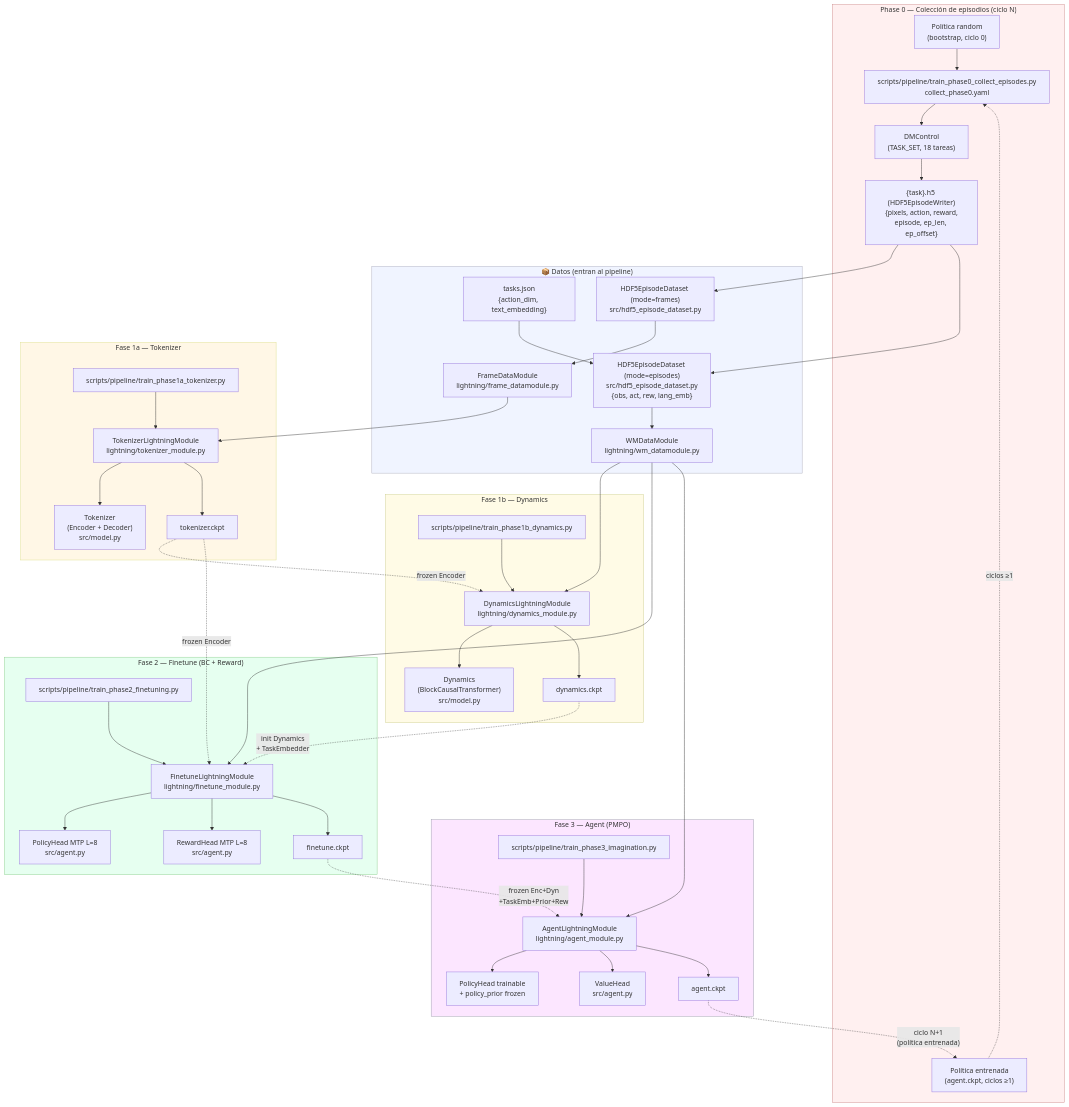
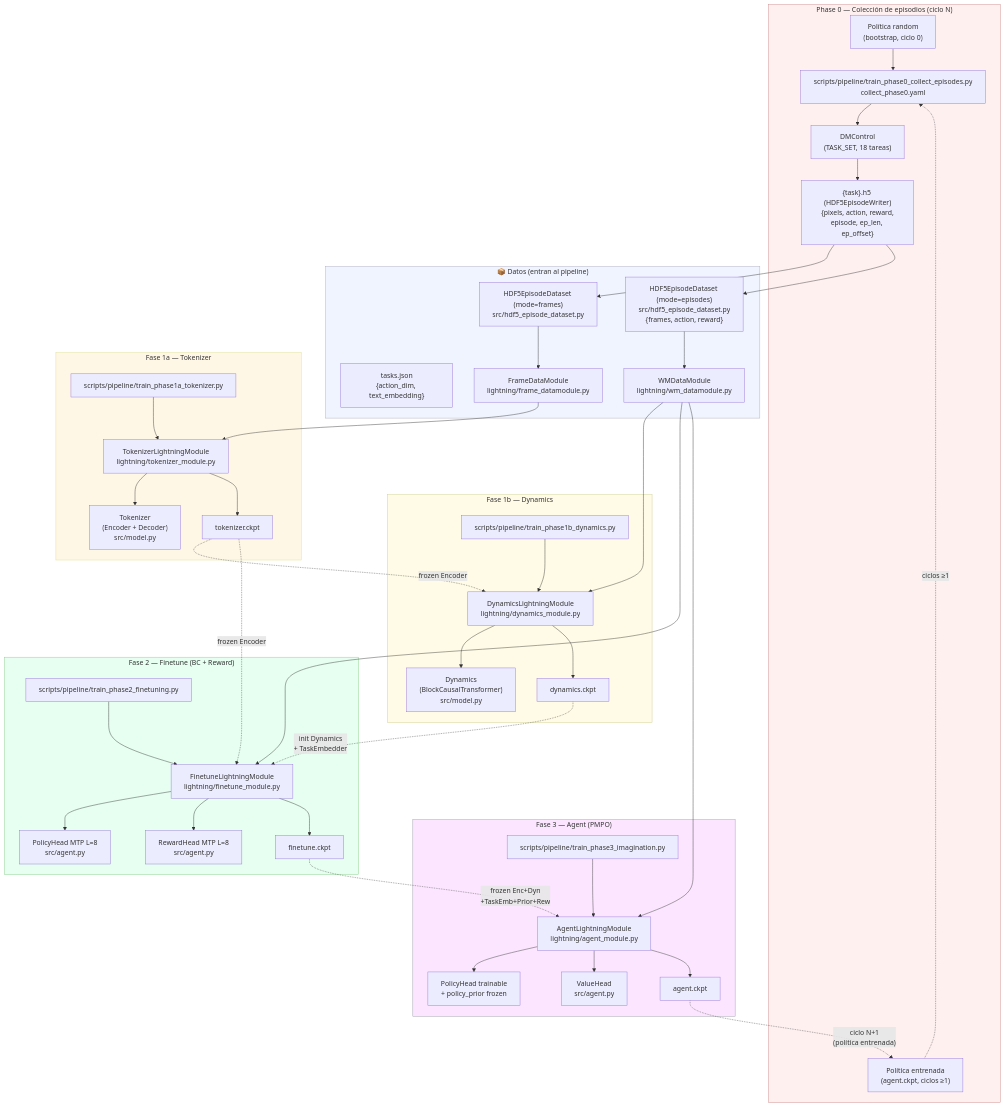
Before and after one commit to GonzaloFuentes1/dreamer4: the first of 3 diagrams in docs/architecture.md, drawn with Mermaid.

Commit message:
docs: match episode dataset keys in architecture diagram

````diff
--- a/docs/architecture.md
+++ b/docs/architecture.md
@@ -9,81 +9,80 @@
 ```mermaid
 flowchart TD
     subgraph P0["Phase 0 — Colección de episodios (ciclo N)"]
         COL["scripts/pipeline/train_phase0_collect_episodes.py\ncollect_phase0.yaml"]
         ENV["DMControl\n(TASK_SET, 18 tareas)"]
         RPOL["Política random\n(bootstrap, ciclo 0)"]
         APOL["Política entrenada\n(agent.ckpt, ciclos ≥1)"]
         H5["{task}.h5 (HDF5EpisodeWriter)\n{pixels, action, reward,\nepisode, ep_len, ep_offset}"]
         COL --> ENV
         RPOL --> COL
         APOL -. "ciclos ≥1" .-> COL
         ENV --> H5
     end
 
     subgraph DATA["📦 Datos (entran al pipeline)"]
         TJSON["tasks.json\n{action_dim, text_embedding}"]
         FS["HDF5EpisodeDataset (mode=frames)\nsrc/hdf5_episode_dataset.py"]
-        WMD["HDF5EpisodeDataset (mode=episodes)\nsrc/hdf5_episode_dataset.py\n{obs, act, rew, lang_emb}"]
+        WMD["HDF5EpisodeDataset (mode=episodes)\nsrc/hdf5_episode_dataset.py\n{frames, action, reward}"]
         FDM["FrameDataModule\nlightning/frame_datamodule.py"]
         WMDM["WMDataModule\nlightning/wm_datamodule.py"]
         H5 --> FS --> FDM
         H5 --> WMD --> WMDM
-        TJSON --> WMD
     end
 
     subgraph P1A["Fase 1a — Tokenizer"]
         TT["scripts/pipeline/train_phase1a_tokenizer.py"]
         TLM["TokenizerLightningModule\nlightning/tokenizer_module.py"]
         TOK["Tokenizer\n(Encoder + Decoder)\nsrc/model.py"]
         FDM --> TLM
         TT --> TLM --> TOK
         TLM --> TCKPT["tokenizer.ckpt"]
     end
 
     subgraph P1B["Fase 1b — Dynamics"]
         TD["scripts/pipeline/train_phase1b_dynamics.py"]
         DLM["DynamicsLightningModule\nlightning/dynamics_module.py"]
         DYN["Dynamics\n(BlockCausalTransformer)\nsrc/model.py"]
         TCKPT -. "frozen Encoder" .-> DLM
         WMDM --> DLM
         TD --> DLM --> DYN
         DLM --> DCKPT["dynamics.ckpt"]
     end
 
     subgraph P2["Fase 2 — Finetune (BC + Reward)"]
         TF["scripts/pipeline/train_phase2_finetuning.py"]
         FLM["FinetuneLightningModule\nlightning/finetune_module.py"]
         PH2["PolicyHead  MTP L=8\nsrc/agent.py"]
         RH["RewardHead  MTP L=8\nsrc/agent.py"]
         TCKPT -. "frozen Encoder" .-> FLM
         DCKPT -. "init Dynamics\n+ TaskEmbedder" .-> FLM
         WMDM --> FLM
         TF --> FLM
         FLM --> PH2
         FLM --> RH
         FLM --> FCKPT["finetune.ckpt"]
     end
 
     subgraph P3["Fase 3 — Agent (PMPO)"]
         TA["scripts/pipeline/train_phase3_imagination.py"]
         ALM["AgentLightningModule\nlightning/agent_module.py"]
         PH3["PolicyHead trainable\n+ policy_prior frozen"]
         VH["ValueHead\nsrc/agent.py"]
         FCKPT -. "frozen Enc+Dyn\n+TaskEmb+Prior+Rew" .-> ALM
         WMDM --> ALM
         TA --> ALM
         ALM --> PH3
         ALM --> VH
         ALM --> ACKPT["agent.ckpt"]
     end
 
     %% Ciclo recursivo: agent.ckpt alimenta la siguiente colección
     ACKPT -. "ciclo N+1\n(política entrenada)" .-> APOL
 
     style P0   fill:#fff0f0,stroke:#c88
     style DATA fill:#f0f4ff,stroke:#aab
     style P1A  fill:#fff7e6,stroke:#dd8
     style P1B  fill:#fffbe6,stroke:#cc8
     style P2   fill:#e6fff0,stroke:#8c8
     style P3   fill:#fce6ff,stroke:#99a
 ```
````
